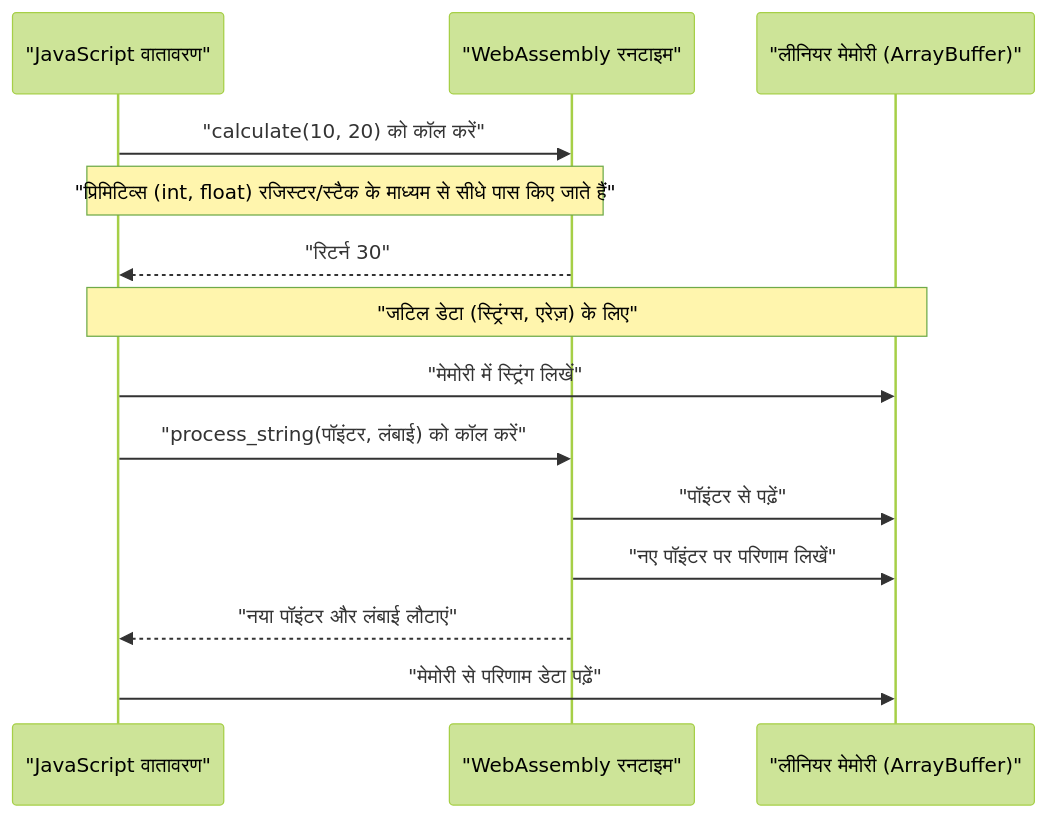
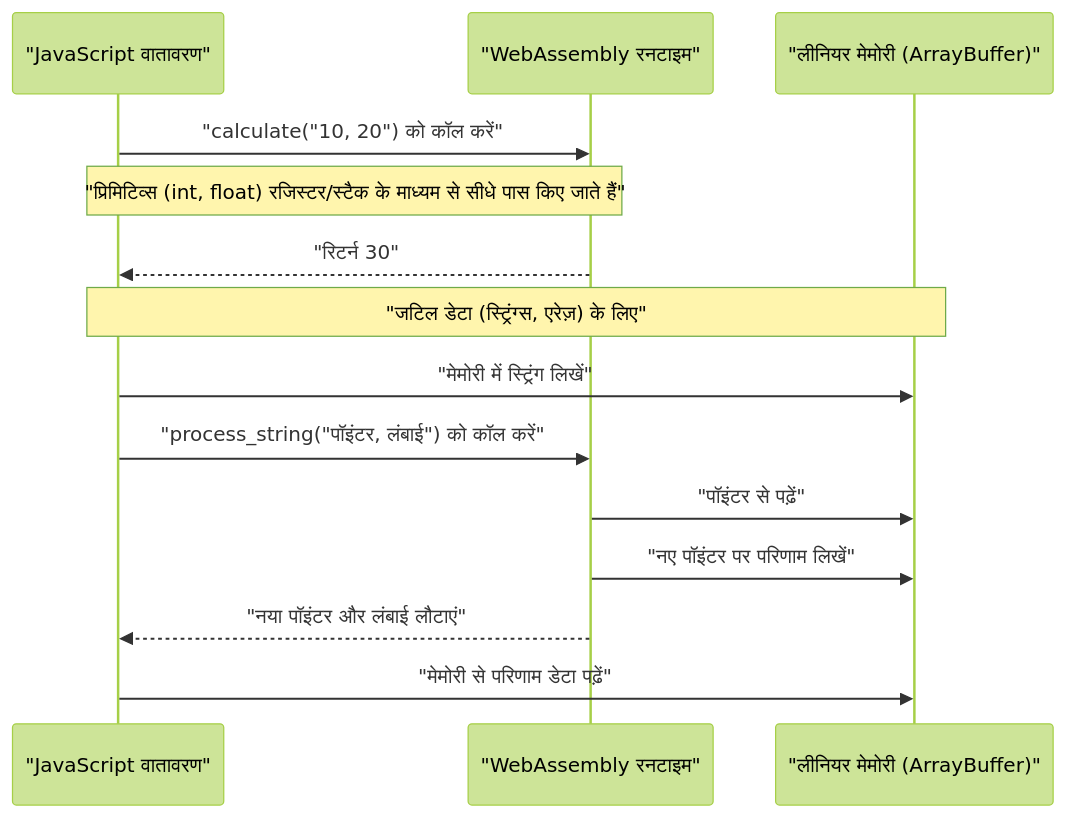
Before and after one commit to kenjinote/blog: the second of 3 diagrams in content/post/webassembly出力/index.hi.md, drawn with Mermaid (forest theme). The commit also changed 929 other files, not shown here.

Commit message:
fix: Add double quotes to all Mermaid node texts to resolve syntax errors

````diff
--- a/content/post/webassembly出力/index.hi.md
+++ b/content/post/webassembly出力/index.hi.md
@@ -220,18 +220,18 @@
 ```mermaid
 sequenceDiagram
   participant JS as "JavaScript वातावरण"
   participant Wasm as "WebAssembly रनटाइम"
   participant Mem as "लीनियर मेमोरी (ArrayBuffer)"
 
-  JS->>Wasm: "calculate(10, 20) को कॉल करें"
+  JS->>Wasm: "calculate("10, 20") को कॉल करें"
   note over JS,Wasm: "प्रिमिटिव्स (int, float) रजिस्टर/स्टैक के माध्यम से सीधे पास किए जाते हैं"
   Wasm-->>JS: "रिटर्न 30"
 
   note over JS, Mem: "जटिल डेटा (स्ट्रिंग्स, एरेज़) के लिए"
   JS->>Mem: "मेमोरी में स्ट्रिंग लिखें"
-  JS->>Wasm: "process_string(पॉइंटर, लंबाई) को कॉल करें"
+  JS->>Wasm: "process_string("पॉइंटर, लंबाई") को कॉल करें"
   Wasm->>Mem: "पॉइंटर से पढ़ें"
   Wasm->>Mem: "नए पॉइंटर पर परिणाम लिखें"
   Wasm-->>JS: "नया पॉइंटर और लंबाई लौटाएं"
   JS->>Mem: "मेमोरी से परिणाम डेटा पढ़ें"
 ```
````
